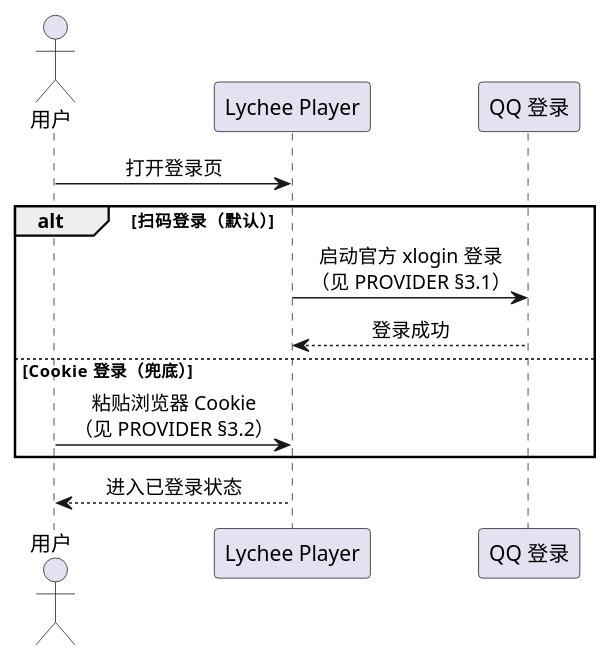
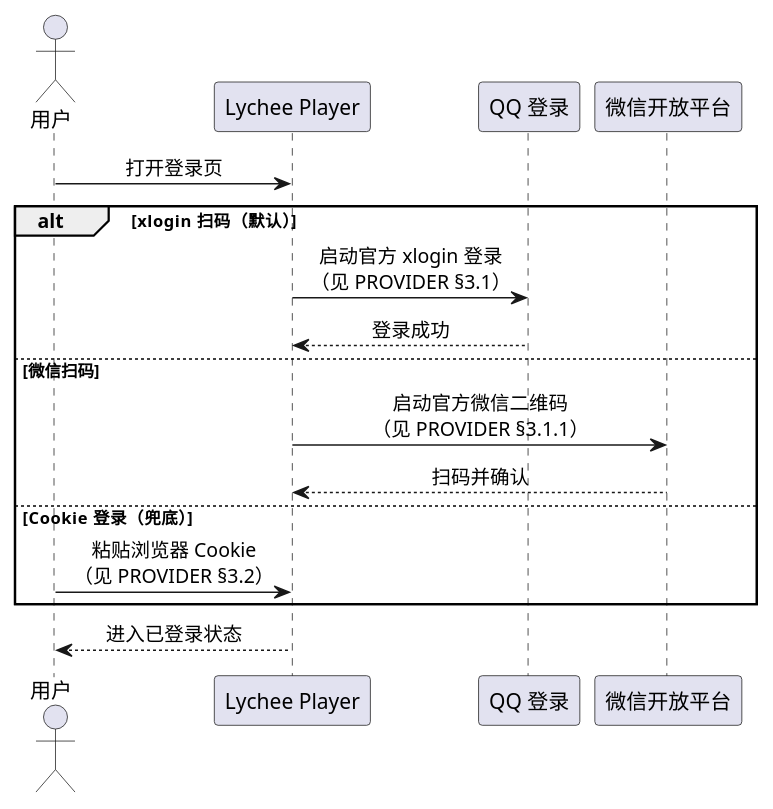
One commit to 54m43lJ/LycheePlayer changed the diagram in diagram/seq-login.puml. Above: the diagram before and after it, drawn with PlantUML. The commit also changed 29 other files, not shown here.

```diff
--- a/diagram/seq-login.puml
+++ b/diagram/seq-login.puml
@@ -1,17 +1,21 @@
 @startuml seq-login
 skinparam shadowing false
 skinparam defaultTextAlignment center
 
 actor 用户 as U
 participant "Lychee Player" as APP
 participant "QQ 登录" as QQ
+participant "微信开放平台" as WX
 
 U -> APP : 打开登录页
-alt 扫码登录（默认）
+alt xlogin 扫码（默认）
   APP -> QQ : 启动官方 xlogin 登录\n（见 PROVIDER §3.1）
   QQ --> APP : 登录成功
+else 微信扫码
+  APP -> WX : 启动官方微信二维码\n（见 PROVIDER §3.1.1）
+  WX --> APP : 扫码并确认
 else Cookie 登录（兜底）
   U -> APP : 粘贴浏览器 Cookie\n（见 PROVIDER §3.2）
 end
 APP --> U : 进入已登录状态
 @enduml
```
